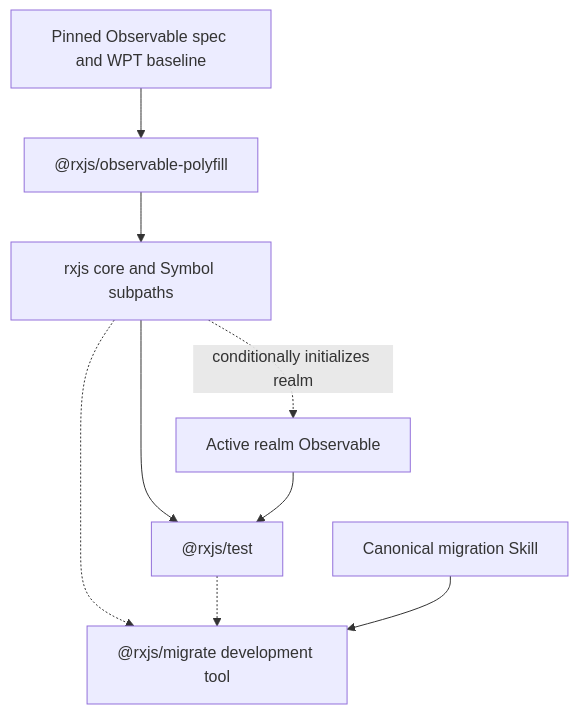
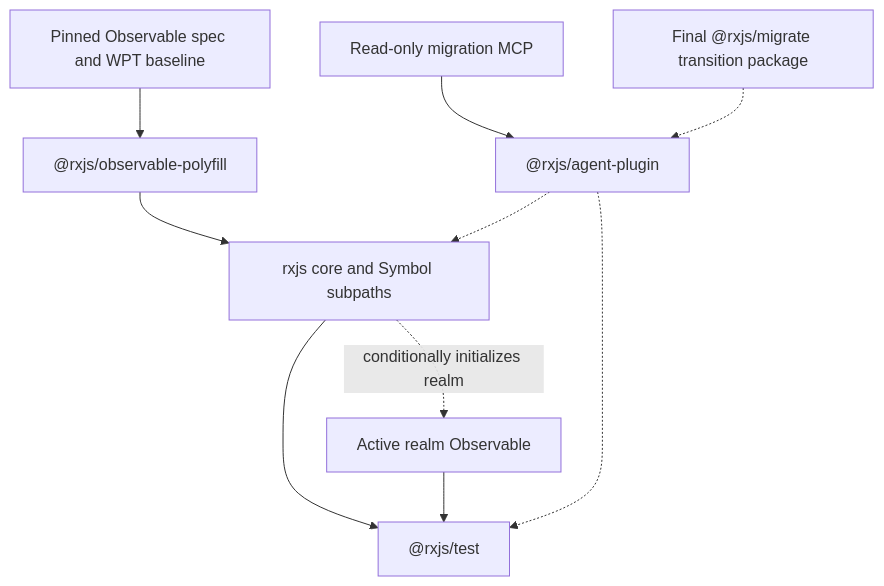
The third of 3 diagrams in docs/rxjs-next/ARCHITECTURE.md (ReactiveX/rxjs), drawn with Mermaid before and after one commit. The commit also changed other lines of this file and 5 other files, not shown here.

Commit message:
docs(agent-plugin): record plugin architecture

````diff
--- a/docs/rxjs-next/ARCHITECTURE.md
+++ b/docs/rxjs-next/ARCHITECTURE.md
@@ -1053,11 +1063,12 @@
 ```mermaid
 flowchart TD
     Standards["Pinned Observable spec and WPT baseline"] --> Polyfill["@rxjs/observable-polyfill"]
     Polyfill --> RxJS["rxjs core and Symbol subpaths"]
     RxJS --> Test["@rxjs/test"]
     Active["Active realm Observable"] --> Test["@rxjs/test"]
     RxJS -.->|conditionally initializes realm| Active
-    RxJS -.-> Migrate["@rxjs/migrate development tool"]
-    Test -.-> Migrate
-    Skill["Canonical migration Skill"] --> Migrate
+    Plugin["@rxjs/agent-plugin"] -.-> RxJS
+    Plugin -.-> Test
+    MCP["Read-only migration MCP"] --> Plugin
+    Migrate["Final @rxjs/migrate transition package"] -.-> Plugin
 ```
````
